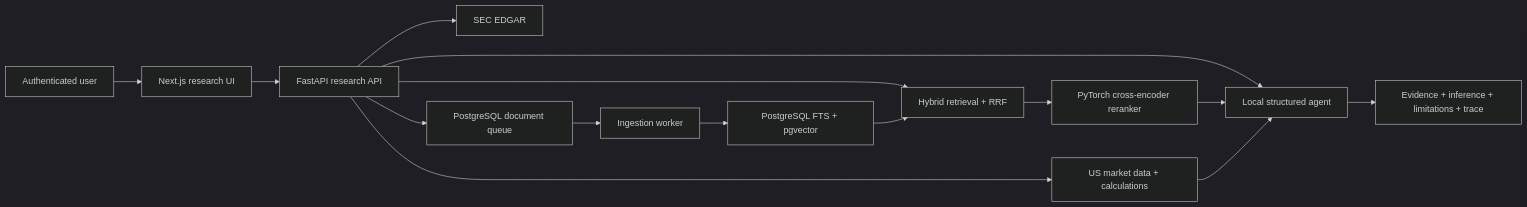
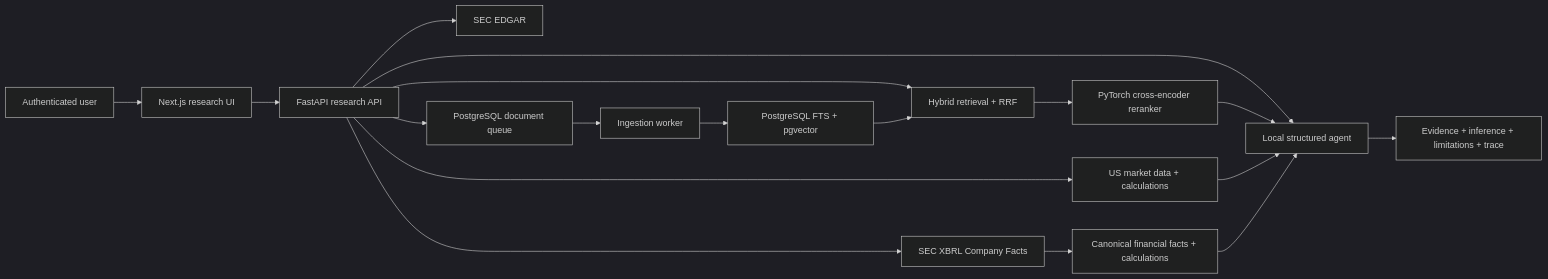
One commit to thisiscatcode/aistockcn changed the first of 2 diagrams in docs/SYSTEM_DESIGN_SPEC.md. Above: the diagram before and after it, drawn with Mermaid (dark theme). The commit also changed other lines of this file and 16 other files, not shown here.

Commit message:
Add SEC XBRL financial tools to Research Copilot

````diff
--- a/docs/SYSTEM_DESIGN_SPEC.md
+++ b/docs/SYSTEM_DESIGN_SPEC.md
@@ -28,17 +28,20 @@
 ```mermaid
 flowchart LR
     U["Authenticated user"] --> W["Next.js research UI"]
     W --> A["FastAPI research API"]
     A --> E["SEC EDGAR"]
+    A --> X["SEC XBRL Company Facts"]
     A --> Q["PostgreSQL document queue"]
     Q --> K["Ingestion worker"]
     K --> V["PostgreSQL FTS + pgvector"]
     A --> H["Hybrid retrieval + RRF"]
     V --> H
     H --> R["PyTorch cross-encoder reranker"]
     A --> M["US market data + calculations"]
+    X --> F["Canonical financial facts + calculations"]
     A --> L["Local structured agent"]
     R --> L
     M --> L
+    F --> L
     L --> O["Evidence + inference + limitations + trace"]
 ```
````
